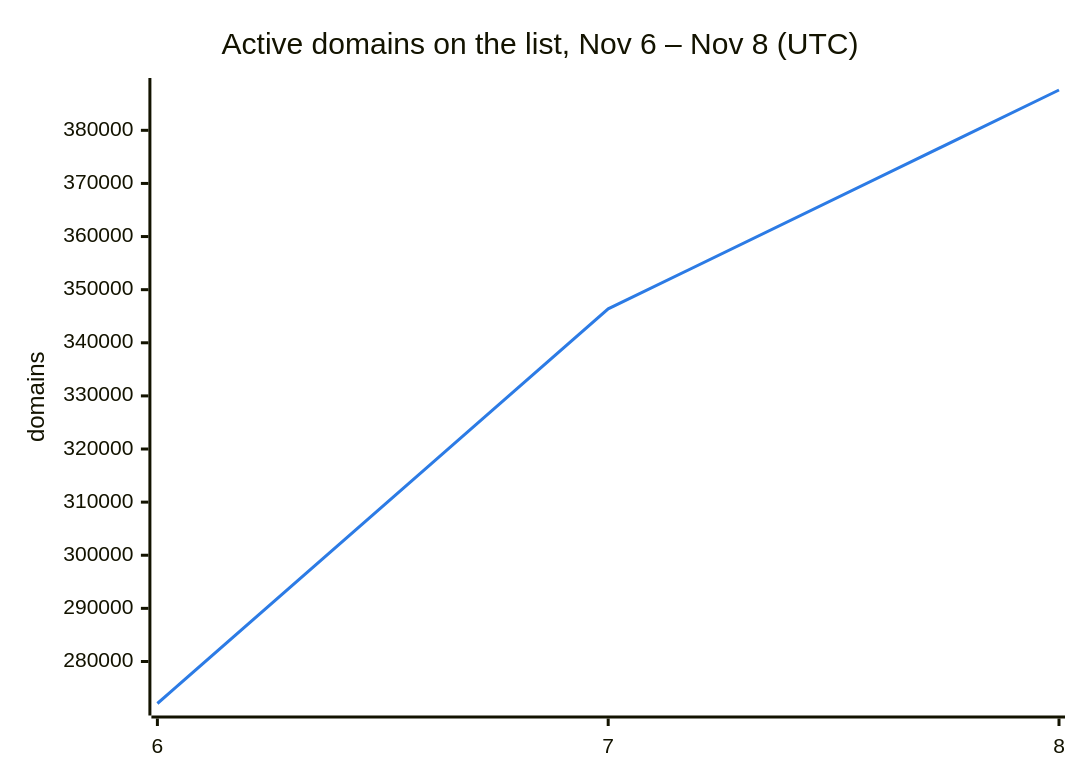
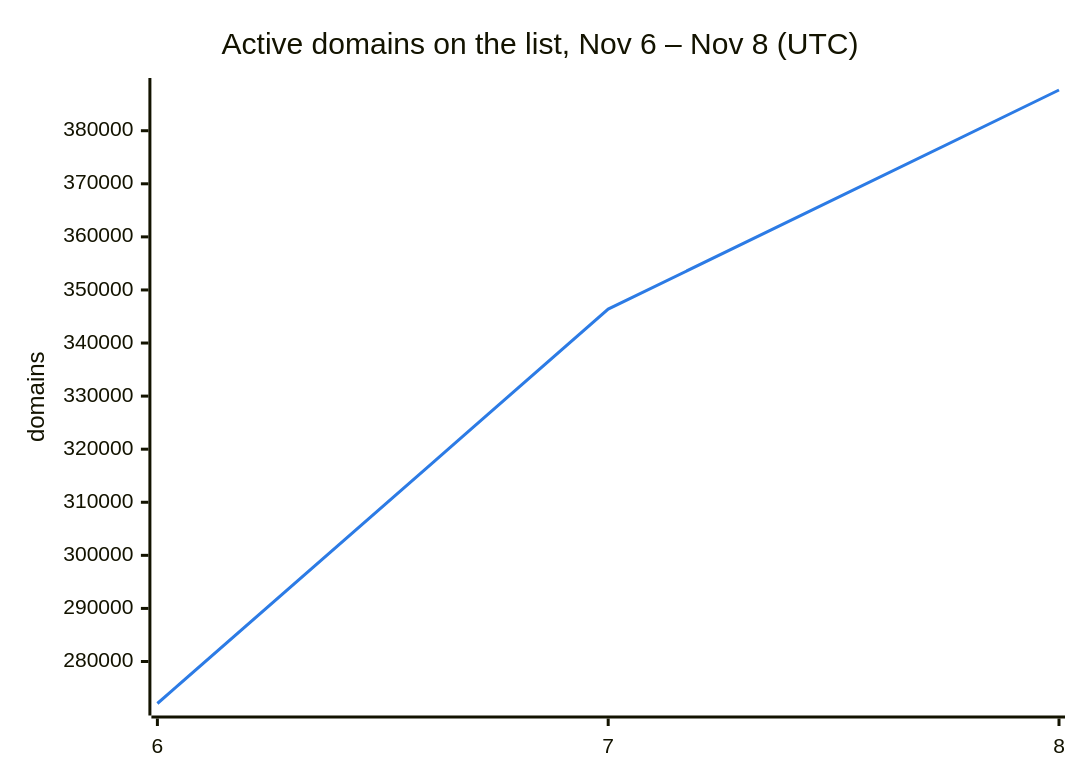
Before and after one commit to DNSBunker/CTI: the second of 3 diagrams in README.md, drawn with Mermaid. The commit also changed other lines of this file and 3 other files, not shown here.

````diff
--- a/README.md
+++ b/README.md
@@ -38,8 +38,8 @@
 ```mermaid
 %%{init: {"themeVariables": {"xyChart": {"plotColorPalette": "#2c7be5"}}}}%%
 xychart-beta
     title "Active domains on the list, Nov 6 – Nov 8 (UTC)"
     x-axis ["6", "7", "8"]
     y-axis "domains"
-    line [272088, 346388, 387591]
+    line [272088, 346388, 387671]
 ```
````
